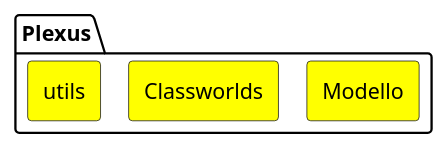
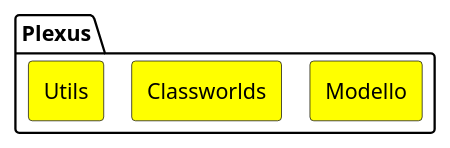
The diagram in src/plantuml/maven-sources/plexus.puml (apache/maven-site), drawn with PlantUML before and after one commit. The commit also changed 1 other file, not shown here.

```diff
--- a/src/plantuml/maven-sources/plexus.puml
+++ b/src/plantuml/maven-sources/plexus.puml
@@ -19,29 +19,25 @@
 @startuml
 !pragma layout smetana
 
 <style>
     rectangle {
         BackgroundColor Yellow
     }
 }
 </style>
 
 package "Plexus" {
-  rectangle "utils"
-  ' rectangle "Components"
+  rectangle "Utils"
   rectangle "Classworlds"
   rectangle "Modello"
 }
 
 'hidden dependencies to change layout
-' "utils" -[hidden]right-> "Components"
-' "Components" -[hidden]right-> "Classworlds"
-"utils" -[hidden]right-> "Classworlds"
+"Utils" -[hidden]right-> "Classworlds"
 "Classworlds" -[hidden]right-> "Modello"
 
-url of "utils" is [[https://github.com/codehaus-plexus/plexus-utils]]
-' url of "Components" is [[https://github.com/codehaus-plexus/plexus-components]]
+url of "Utils" is [[https://github.com/codehaus-plexus/plexus-utils]]
 url of "Classworlds" is [[https://github.com/codehaus-plexus/plexus-classworlds]]
 url of "Modello" is [[https://github.com/codehaus-plexus/modello]]
 
 @enduml
```
